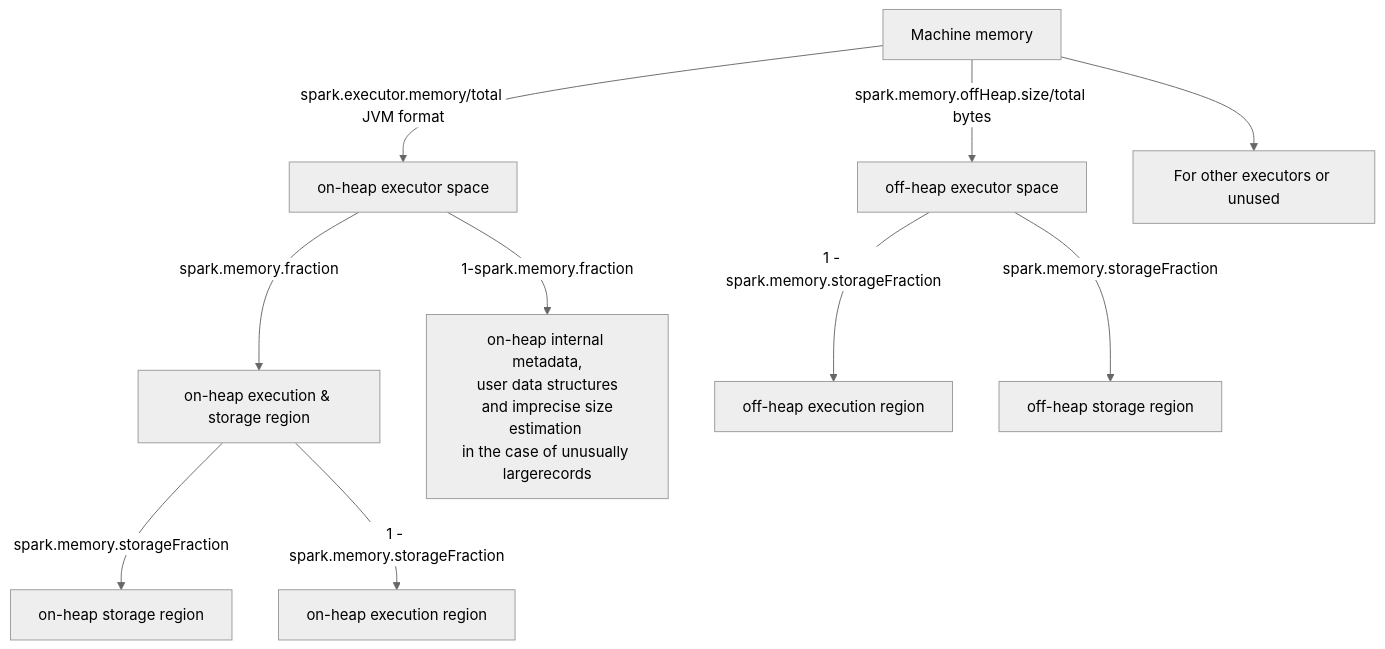
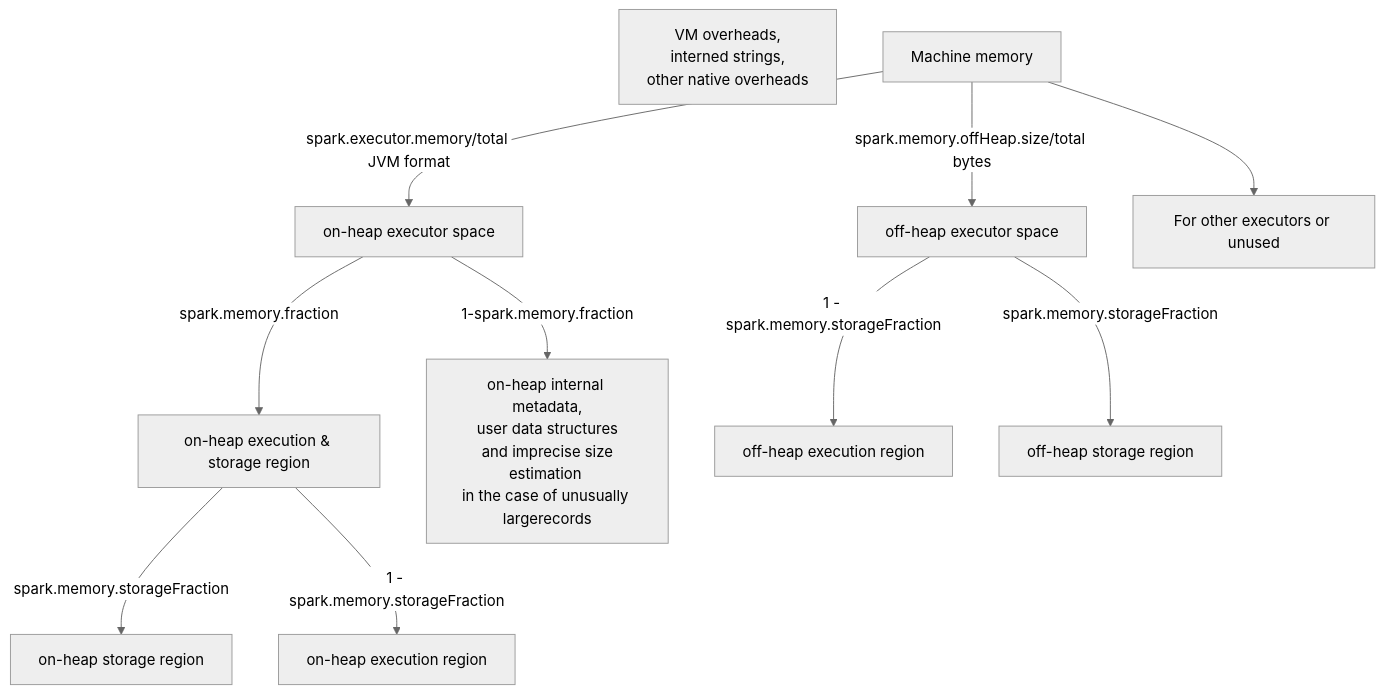
The diagram in spark.md (EnzoBnl/enzobnl), drawn with Mermaid (neutral theme) before and after one commit. The commit also changed other lines of this file, not shown here.

````diff
--- a/spark.md
+++ b/spark.md
@@ -46,22 +46,23 @@
 ```mermaid
 graph TB
+-3[VM overheads,<br/> interned strings,<br/>other native overheads]
 -2[For other executors or unused]
 -1[Machine memory]
 0[on-heap execution & storage region]
 1[on-heap executor space]
 2[off-heap executor space]
 3[on-heap execution region]
 4[on-heap storage region]
 33[off-heap execution region]
 44[off-heap storage region]
 5[on-heap internal metadata,<br/>user data structures<br/> and imprecise size estimation <br/>in the case of unusually largerecords]
 -1 --> -2
 -1--spark.memory.offHeap.size/total bytes-->2
 -1--spark.executor.memory/total JVM format-->1
 1 --spark.memory.fraction-->0
 1 --1-spark.memory.fraction-->5
 0 -- spark.memory.storageFraction--> 4
 0 --1 - spark.memory.storageFraction--> 3
 2 -- spark.memory.storageFraction--> 44
 2 --1 - spark.memory.storageFraction--> 33
 ```
````
